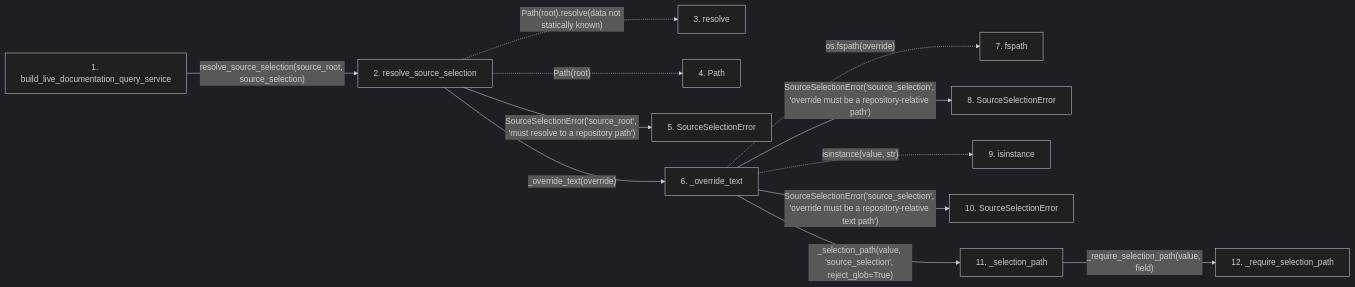
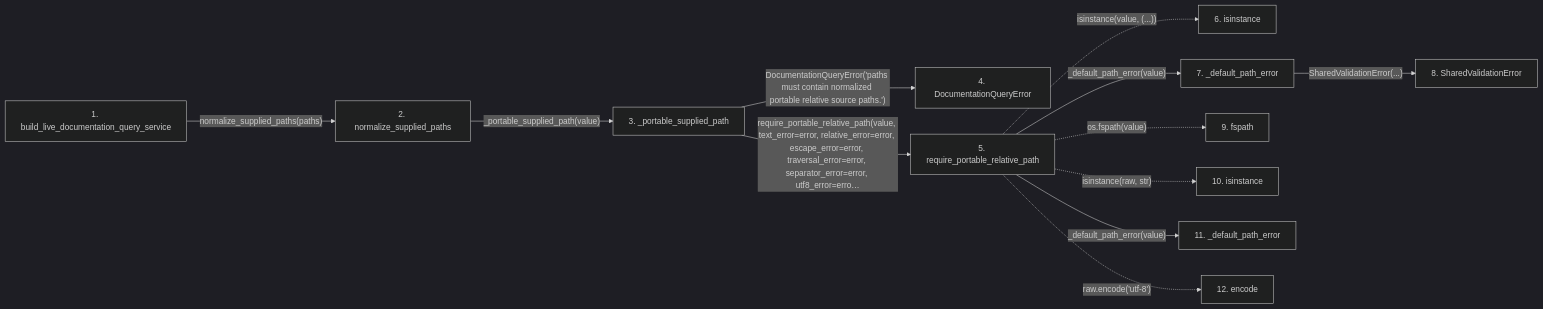
Before and after one commit to Denissvgn/python-wiki-llm: the second of 2 diagrams in docs/llm_wiki/flows/api-build_live_documentation_query_service.md, drawn with Mermaid (dark theme). The commit also changed other lines of this file and 364 other files, not shown here.

````diff
--- a/docs/llm_wiki/flows/api-build_live_documentation_query_service.md
+++ b/docs/llm_wiki/flows/api-build_live_documentation_query_service.md
@@ -81,34 +79,34 @@
 ```mermaid
 flowchart LR
     s1["1. build_live_documentation_query_service"]
-    s2["2. resolve_source_selection"]
-    s3["3. resolve"]
-    s4["4. Path"]
-    s5["5. SourceSelectionError"]
-    s6["6. _override_text"]
-    s7["7. fspath"]
-    s8["8. SourceSelectionError"]
-    s9["9. isinstance"]
-    s10["10. SourceSelectionError"]
-    s11["11. _selection_path"]
-    s12["12. _require_selection_path"]
-    s1 -->|"resolve_source_selection(source_root, source_selection)"| s2
-    s2 -. "Path(root).resolve(data not statically known)" .-> s3
-    s2 -. "Path(root)" .-> s4
-    s2 -->|"SourceSelectionError('source_root', 'must resolve to a repository path')"| s5
-    s2 -->|"_override_text(override)"| s6
-    s6 -. "os.fspath(override)" .-> s7
-    s6 -->|"SourceSelectionError('source_selection', 'override must be a repository-relative path')"| s8
-    s6 -. "isinstance(value, str)" .-> s9
-    s6 -->|"SourceSelectionError('source_selection', 'override must be a repository-relative text path')"| s10
-    s6 -->|"_selection_path(value, 'source_selection', reject_glob=True)"| s11
-    s11 -->|"_require_selection_path(value, field)"| s12
+    s2["2. normalize_supplied_paths"]
+    s3["3. _portable_supplied_path"]
+    s4["4. DocumentationQueryError"]
+    s5["5. require_portable_relative_path"]
+    s6["6. isinstance"]
+    s7["7. _default_path_error"]
+    s8["8. SharedValidationError"]
+    s9["9. fspath"]
+    s10["10. isinstance"]
+    s11["11. _default_path_error"]
+    s12["12. encode"]
+    s1 -->|"normalize_supplied_paths(paths)"| s2
+    s2 -->|"_portable_supplied_path(value)"| s3
+    s3 -->|"DocumentationQueryError('paths must contain normalized portable relative source paths.')"| s4
+    s3 -->|"require_portable_relative_path(value, text_error=error, relative_error=error, escape_error=error, traversal_error=error, separator_error=error, utf8_error=erro…"| s5
+    s5 -. "isinstance(value, (...))" .-> s6
+    s5 -->|"_default_path_error(value)"| s7
+    s7 -->|"SharedValidationError(...)"| s8
+    s5 -. "os.fspath(value)" .-> s9
+    s5 -. "isinstance(raw, str)" .-> s10
+    s5 -->|"_default_path_error(value)"| s11
+    s5 -. "raw.encode('utf-8')" .-> s12
     click s1 "../modules/documentation_query_builder.md"
-    click s2 "../modules/source_selection.md"
-    click s5 "../modules/source_selection.md"
-    click s6 "../modules/source_selection.md"
-    click s8 "../modules/source_selection.md"
-    click s10 "../modules/source_selection.md"
-    click s11 "../modules/source_selection.md"
-    click s12 "../modules/source_selection.md"
+    click s2 "../modules/documentation_query_builder.md"
+    click s3 "../modules/documentation_query_builder.md"
+    click s4 "../modules/documentation_queries.md"
+    click s5 "../modules/validation.md"
+    click s7 "../modules/validation.md"
+    click s8 "../modules/validation.md"
+    click s11 "../modules/validation.md"
 ```
````
